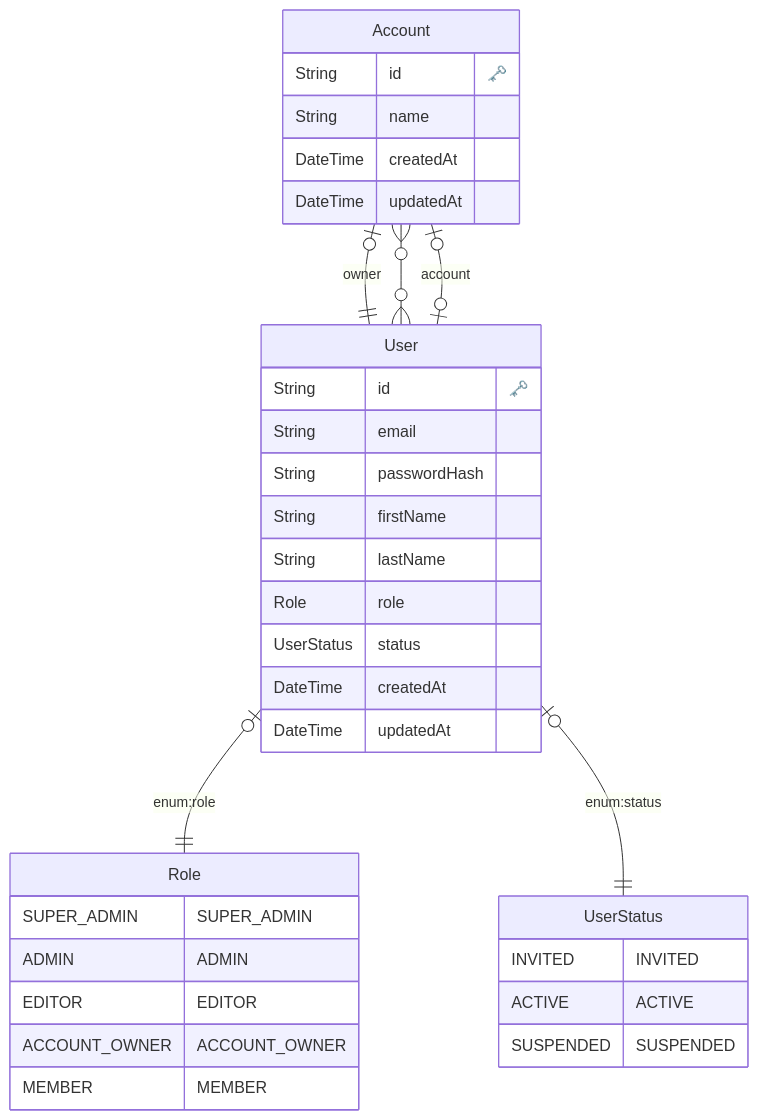
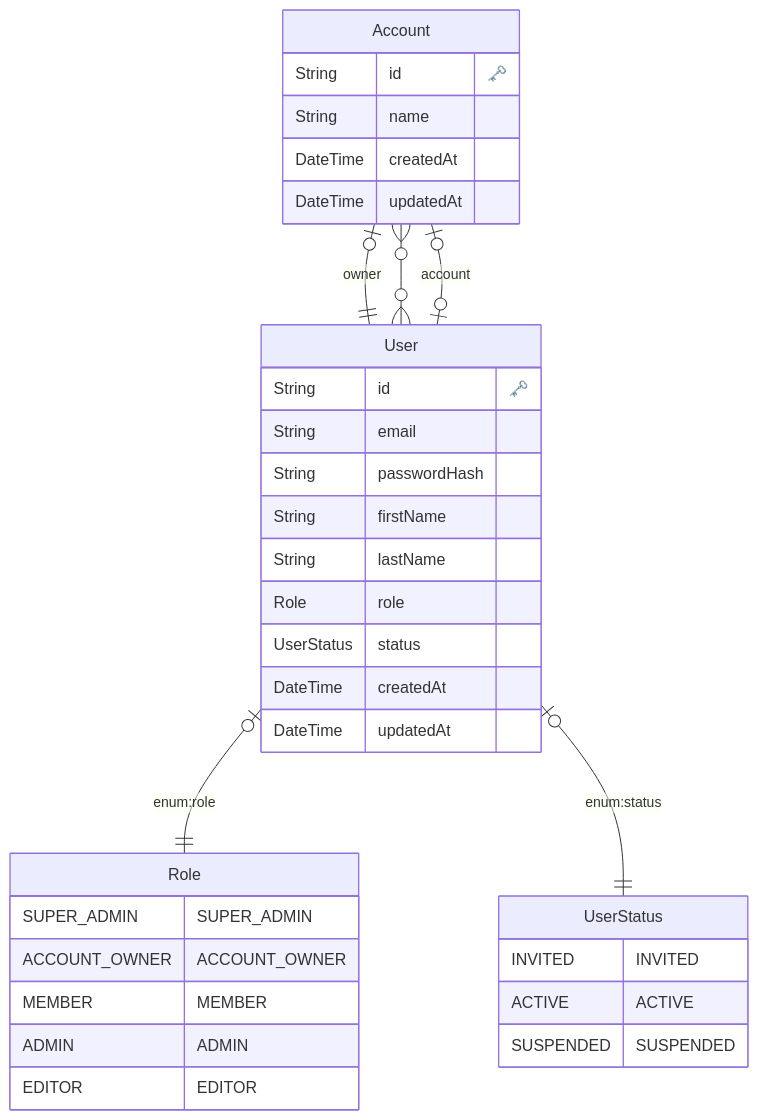
The diagram in prisma/erd/schema.md (uancamilo/asistentelegal), drawn with Mermaid before and after one commit. The commit also changed other lines of this file and 17 other files, not shown here.

````diff
--- a/prisma/erd/schema.md
+++ b/prisma/erd/schema.md
@@ -1,45 +1,45 @@
 ```mermaid
 erDiagram
 
         Role {
             SUPER_ADMIN SUPER_ADMIN
+ACCOUNT_OWNER ACCOUNT_OWNER
+MEMBER MEMBER
 ADMIN ADMIN
 EDITOR EDITOR
-ACCOUNT_OWNER ACCOUNT_OWNER
-MEMBER MEMBER
         }
     
 
 
         UserStatus {
             INVITED INVITED
 ACTIVE ACTIVE
 SUSPENDED SUSPENDED
         }
     
   "Account" {
     String id "🗝️"
     String name 
     DateTime createdAt 
     DateTime updatedAt 
     }
   
 
   "User" {
     String id "🗝️"
     String email 
     String passwordHash 
     String firstName 
     String lastName 
     Role role 
     UserStatus status 
     DateTime createdAt 
     DateTime updatedAt 
     }
   
     "Account" o|--|| "User" : "owner"
     "Account" o{--}o "User" : ""
     "User" o|--|| "Role" : "enum:role"
     "User" o|--|| "UserStatus" : "enum:status"
     "User" o|--|o "Account" : "account"
 ```
````
